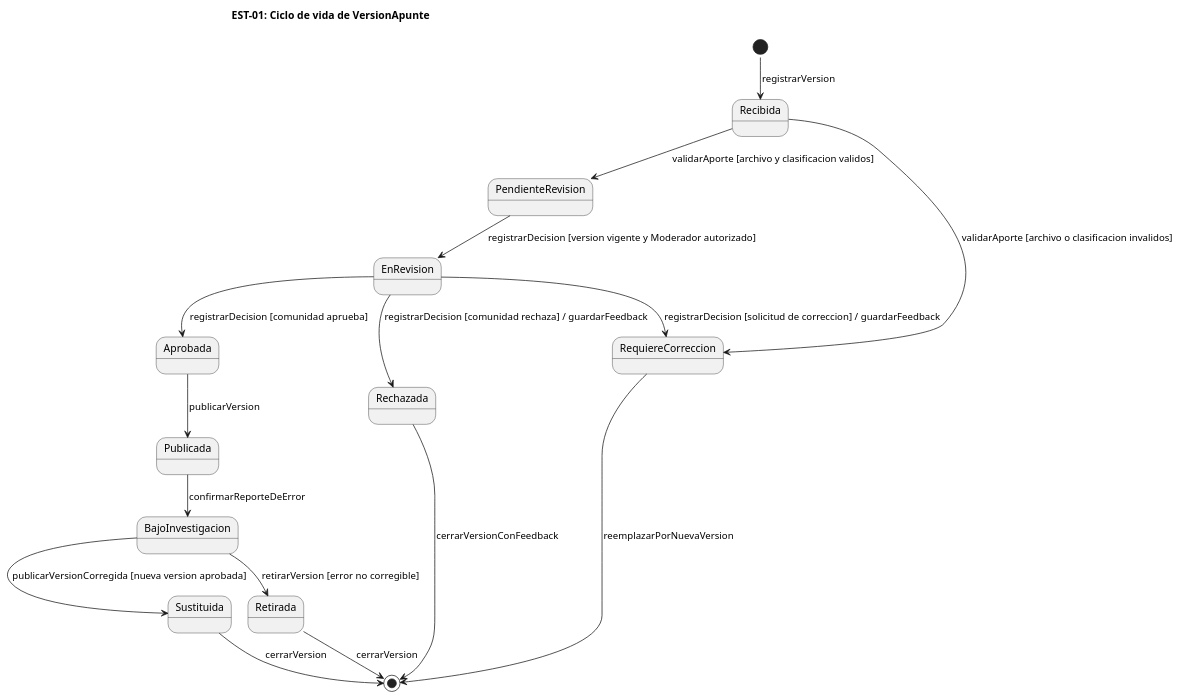
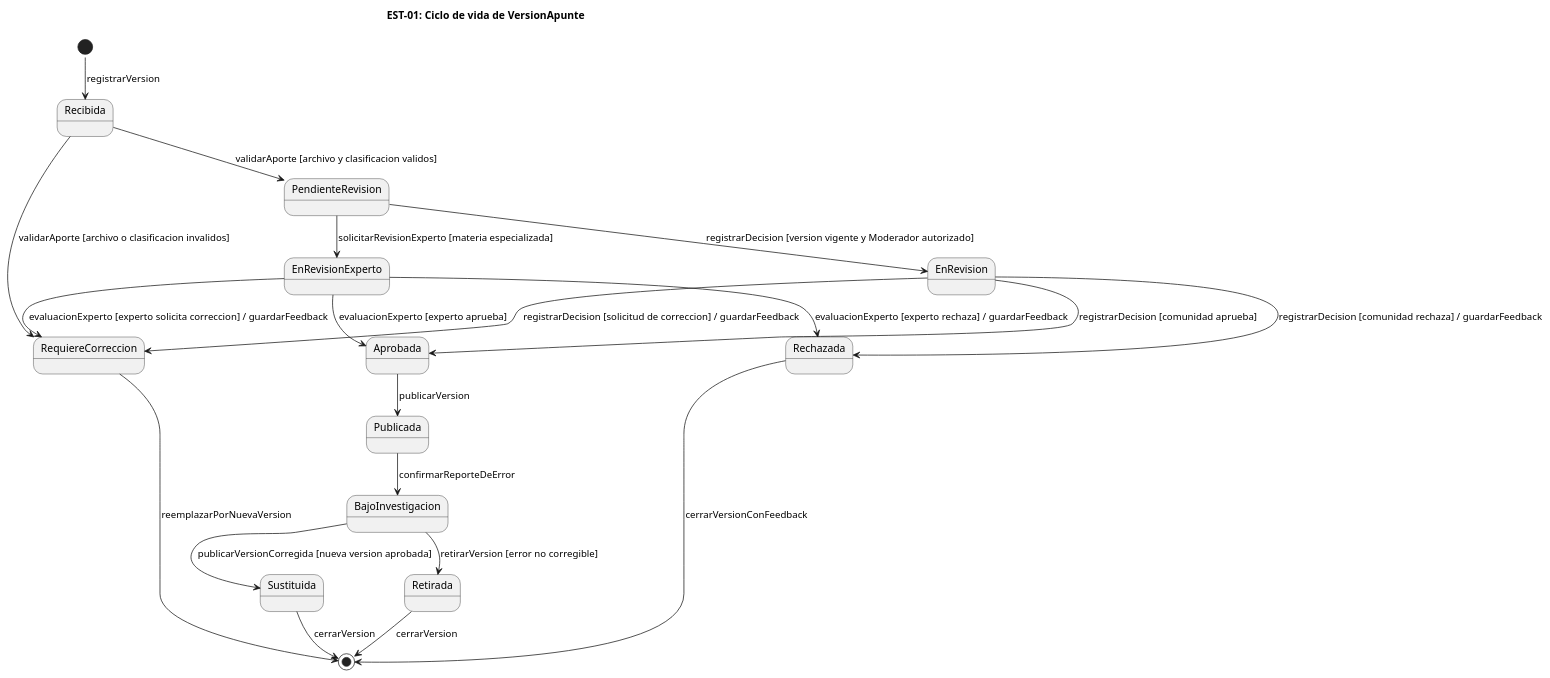
Before and after one commit to mapacheCorps/entrega: the diagram in diagramas/est-01.puml, drawn with PlantUML. The commit also changed 38 other files, not shown here.

```diff
--- a/diagramas/est-01.puml
+++ b/diagramas/est-01.puml
@@ -1,20 +1,24 @@
 @startuml
 !pragma layout smetana
 skinparam shadowing false
 title EST-01: Ciclo de vida de VersionApunte
 [*] --> Recibida : registrarVersion
 Recibida --> PendienteRevision : validarAporte [archivo y clasificacion validos]
 Recibida --> RequiereCorreccion : validarAporte [archivo o clasificacion invalidos]
 PendienteRevision --> EnRevision : registrarDecision [version vigente y Moderador autorizado]
+PendienteRevision --> EnRevisionExperto : solicitarRevisionExperto [materia especializada]
 EnRevision --> Aprobada : registrarDecision [comunidad aprueba]
 EnRevision --> Rechazada : registrarDecision [comunidad rechaza] / guardarFeedback
 EnRevision --> RequiereCorreccion : registrarDecision [solicitud de correccion] / guardarFeedback
+EnRevisionExperto --> Aprobada : evaluacionExperto [experto aprueba]
+EnRevisionExperto --> Rechazada : evaluacionExperto [experto rechaza] / guardarFeedback
+EnRevisionExperto --> RequiereCorreccion : evaluacionExperto [experto solicita correccion] / guardarFeedback
 Aprobada --> Publicada : publicarVersion
 Publicada --> BajoInvestigacion : confirmarReporteDeError
 BajoInvestigacion --> Retirada : retirarVersion [error no corregible]
 BajoInvestigacion --> Sustituida : publicarVersionCorregida [nueva version aprobada]
 RequiereCorreccion --> [*] : reemplazarPorNuevaVersion
 Rechazada --> [*] : cerrarVersionConFeedback
 Retirada --> [*] : cerrarVersion
 Sustituida --> [*] : cerrarVersion
 @enduml
```
